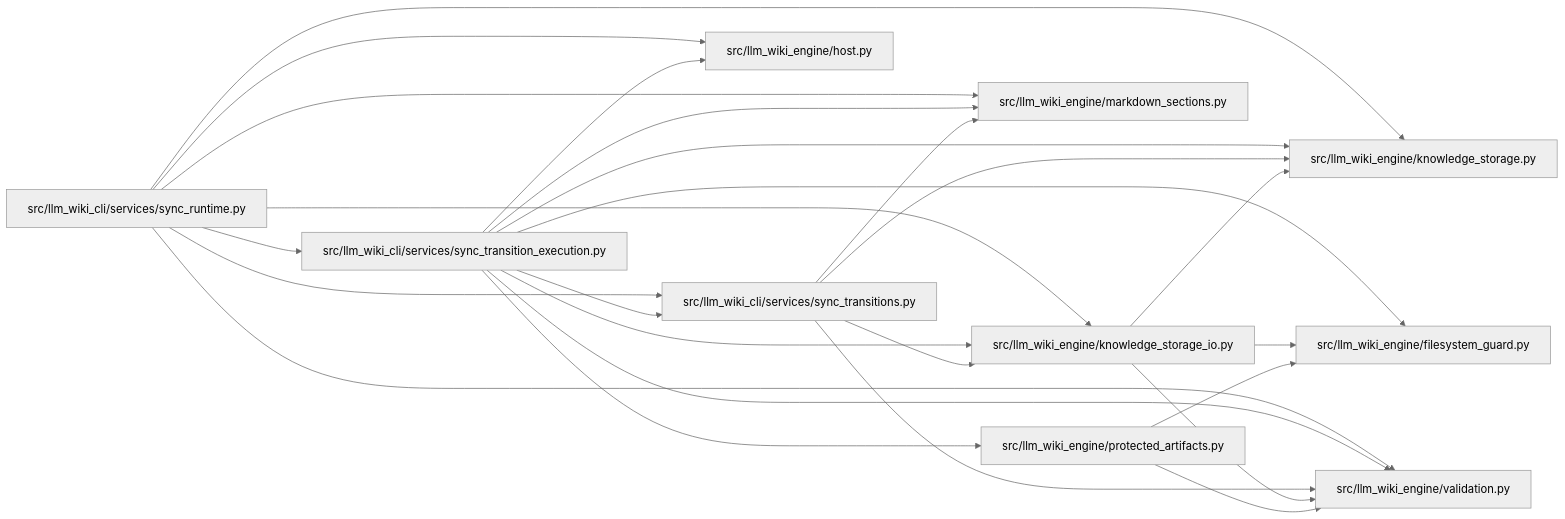
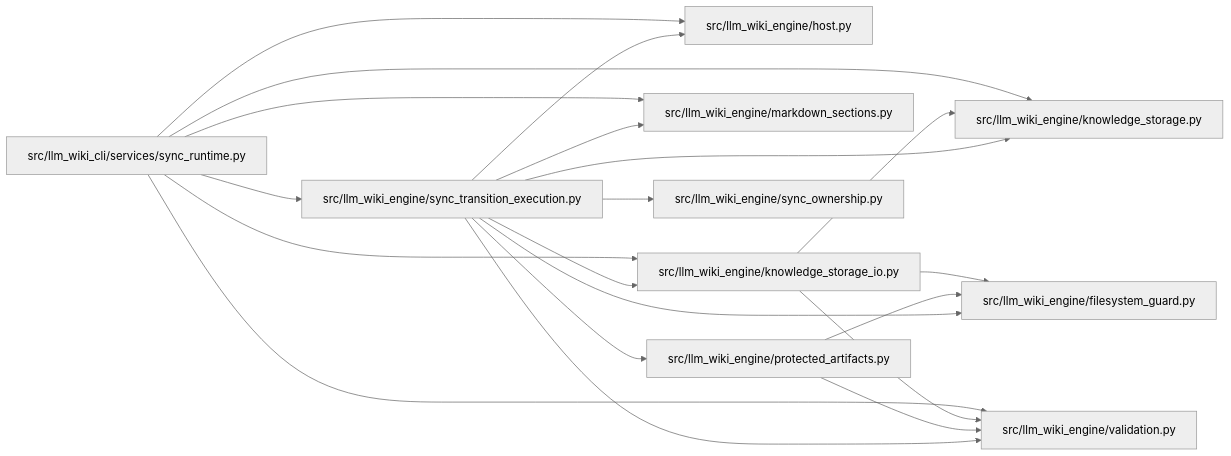
Before and after one commit to Denissvgn/python-wiki-llm: the diagram in docs/llm_wiki/modules/sync_transition_execution.md, drawn with Mermaid (neutral theme). The commit also changed other lines of this file and 648 other files, not shown here.

Commit message:
docs: refresh the wiki for the engine task contract and search

````diff
--- a/docs/llm_wiki/modules/sync_transition_execution.md
+++ b/docs/llm_wiki/modules/sync_transition_execution.md
@@ -31,47 +32,42 @@
 ```mermaid
 flowchart LR
     n0["src/llm_wiki_cli/services/sync_runtime.py"]
-    n1["src/llm_wiki_cli/services/sync_transition_execution.py"]
-    n2["src/llm_wiki_cli/services/sync_transitions.py"]
-    n3["src/llm_wiki_engine/filesystem_guard.py"]
-    n4["src/llm_wiki_engine/host.py"]
-    n5["src/llm_wiki_engine/knowledge_storage.py"]
-    n6["src/llm_wiki_engine/knowledge_storage_io.py"]
-    n7["src/llm_wiki_engine/markdown_sections.py"]
-    n8["src/llm_wiki_engine/protected_artifacts.py"]
+    n1["src/llm_wiki_engine/filesystem_guard.py"]
+    n2["src/llm_wiki_engine/host.py"]
+    n3["src/llm_wiki_engine/knowledge_storage.py"]
+    n4["src/llm_wiki_engine/knowledge_storage_io.py"]
+    n5["src/llm_wiki_engine/markdown_sections.py"]
+    n6["src/llm_wiki_engine/protected_artifacts.py"]
+    n7["src/llm_wiki_engine/sync_ownership.py"]
+    n8["src/llm_wiki_engine/sync_transition_execution.py"]
     n9["src/llm_wiki_engine/validation.py"]
-    n0 --> n1
     n0 --> n2
+    n0 --> n3
     n0 --> n4
     n0 --> n5
-    n0 --> n6
-    n0 --> n7
+    n0 --> n8
     n0 --> n9
-    n1 --> n2
-    n1 --> n3
-    n1 --> n4
-    n1 --> n5
-    n1 --> n6
-    n1 --> n7
-    n1 --> n8
-    n1 --> n9
-    n2 --> n5
-    n2 --> n6
-    n2 --> n7
-    n2 --> n9
-    n6 --> n3
-    n6 --> n5
+    n4 --> n1
+    n4 --> n3
+    n4 --> n9
+    n6 --> n1
     n6 --> n9
+    n8 --> n1
+    n8 --> n2
     n8 --> n3
+    n8 --> n4
+    n8 --> n5
+    n8 --> n6
+    n8 --> n7
     n8 --> n9
     click n0 "../modules/sync_runtime.md"
-    click n1 "../modules/sync_transition_execution.md"
-    click n2 "../modules/sync_transitions.md"
-    click n3 "../modules/filesystem_guard.md"
-    click n4 "../modules/host.md"
-    click n5 "../modules/knowledge_storage.md"
-    click n6 "../modules/knowledge_storage_io.md"
-    click n7 "../modules/markdown_sections.md"
-    click n8 "../modules/protected_artifacts.md"
+    click n1 "../modules/filesystem_guard.md"
+    click n2 "../modules/host.md"
+    click n3 "../modules/knowledge_storage.md"
+    click n4 "../modules/knowledge_storage_io.md"
+    click n5 "../modules/markdown_sections.md"
+    click n6 "../modules/protected_artifacts.md"
+    click n7 "../modules/sync_ownership.md"
+    click n8 "../modules/sync_transition_execution.md"
     click n9 "../modules/validation.md"
 ```
````
